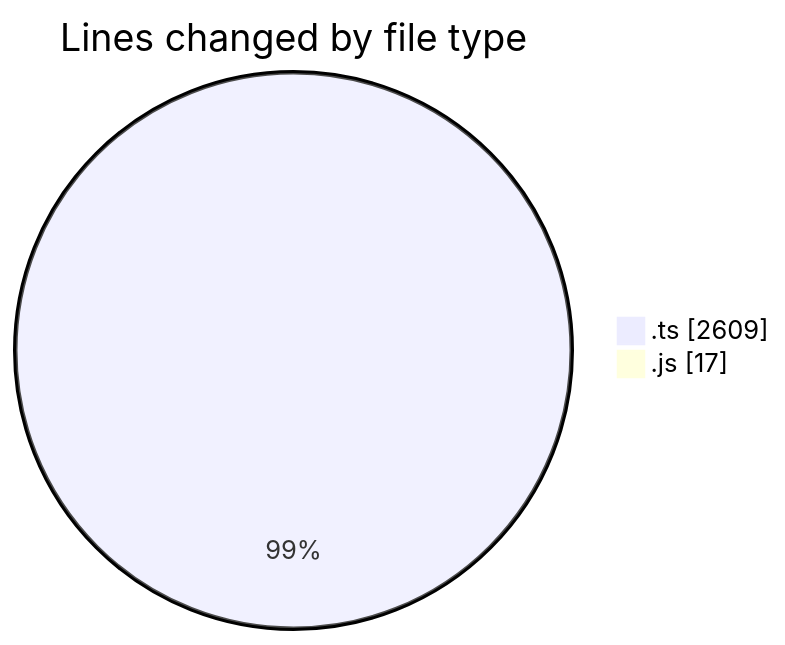
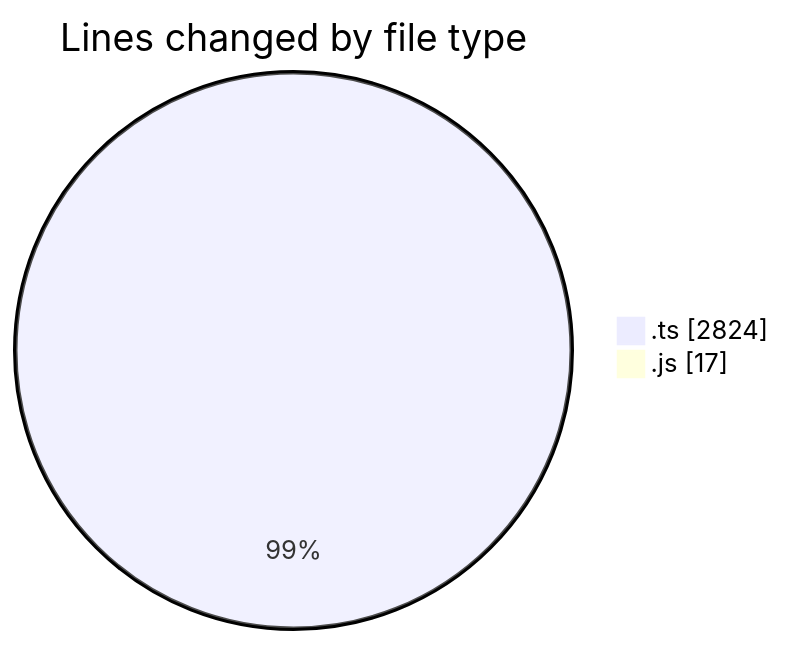
One commit to tmsrecording-cyber/code-tracking changed the first of 2 diagrams in 2026-02-07/singularitybrainai/README.md. Above: the diagram before and after it, drawn with Mermaid. The commit also changed other lines of this file and 1 other file, not shown here.

````diff
--- a/2026-02-07/singularitybrainai/README.md
+++ b/2026-02-07/singularitybrainai/README.md
@@ -26,6 +28,6 @@
 ```mermaid
 pie showData
 title Lines changed by file type
-".ts" : 2609
+".ts" : 2824
 ".js" : 17
 ```
````
